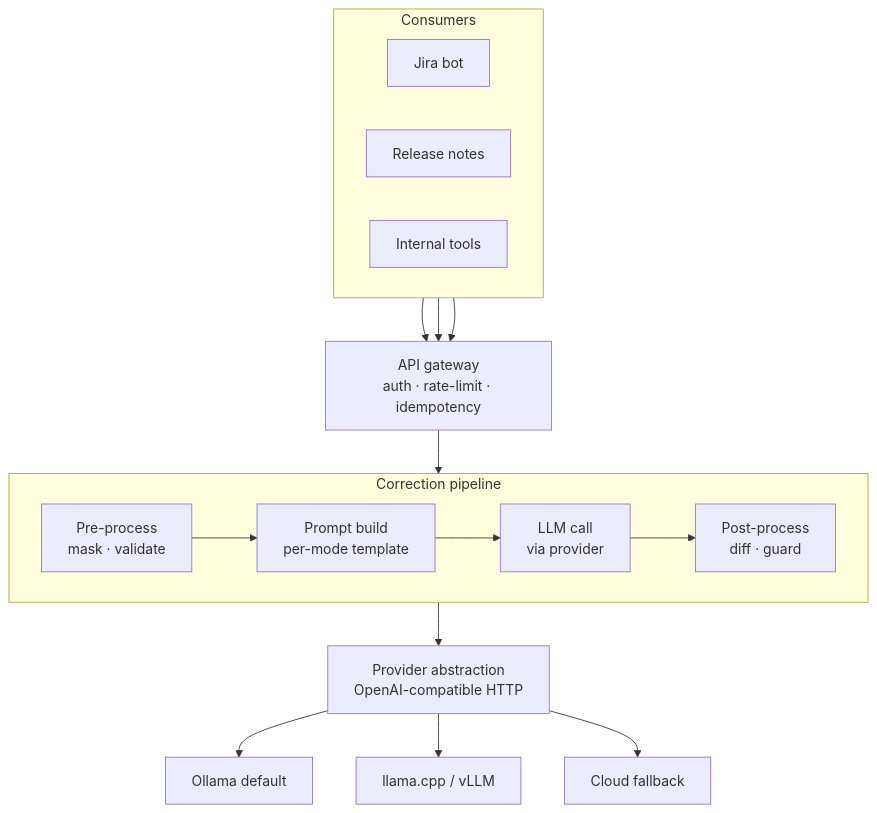
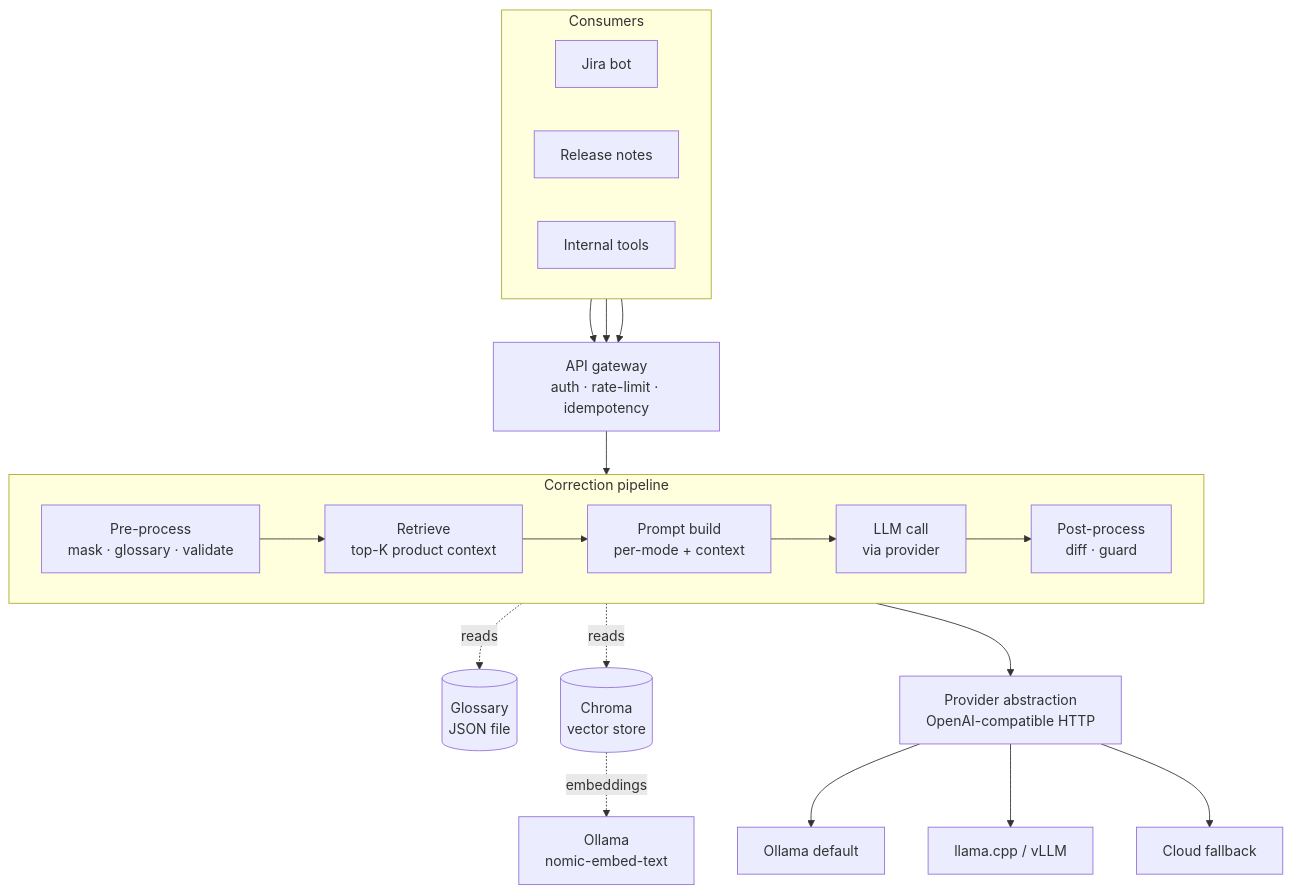
The diagram in README.md (skyakash/text-checker), drawn with Mermaid before and after one commit. The commit also changed other lines of this file and 4 other files, not shown here.

````diff
--- a/README.md
+++ b/README.md
@@ -53,29 +56,34 @@
 ```mermaid
 flowchart TD
   subgraph Consumers
     direction LR
     JIRA[Jira bot]
     REL[Release notes]
     CLI[Internal tools]
   end
 
   JIRA --> API
   REL --> API
   CLI --> API
 
   API["API gateway<br/>auth · rate-limit · idempotency"]
   API --> PRE
 
   subgraph Pipeline [Correction pipeline]
     direction LR
-    PRE["Pre-process<br/>mask · validate"] --> PROMPT["Prompt build<br/>per-mode template"]
+    PRE["Pre-process<br/>mask · glossary · validate"] --> RETR["Retrieve<br/>top-K product context"]
+    RETR --> PROMPT["Prompt build<br/>per-mode + context"]
     PROMPT --> LLM["LLM call<br/>via provider"]
     LLM --> POST["Post-process<br/>diff · guard"]
   end
+
+  PRE -. reads .-> GLOSS[(Glossary<br/>JSON file)]
+  RETR -. reads .-> RAG[(Chroma<br/>vector store)]
+  RAG -. embeddings .-> EMB[Ollama<br/>nomic-embed-text]
 
   LLM --> PROV
   PROV["Provider abstraction<br/>OpenAI-compatible HTTP"]
   PROV --> OLLAMA[Ollama default]
   PROV --> LCPP[llama.cpp / vLLM]
   PROV --> CLOUD[Cloud fallback]
 ```
````
